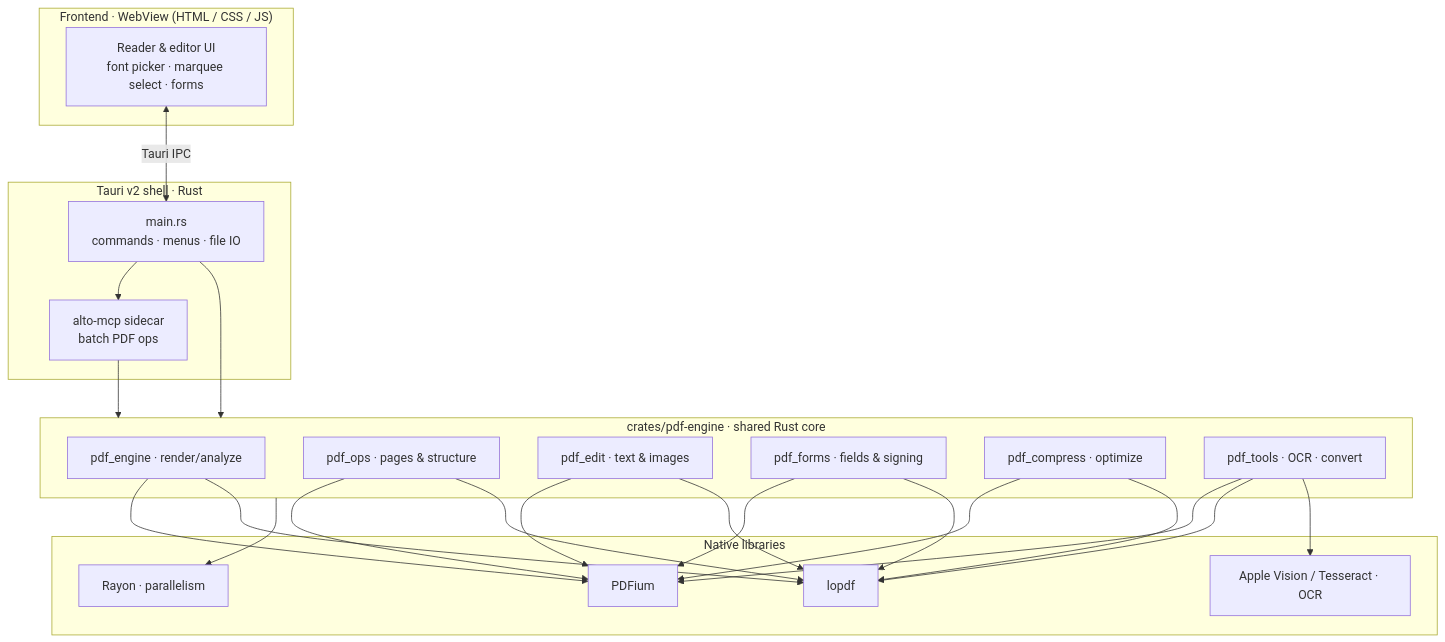
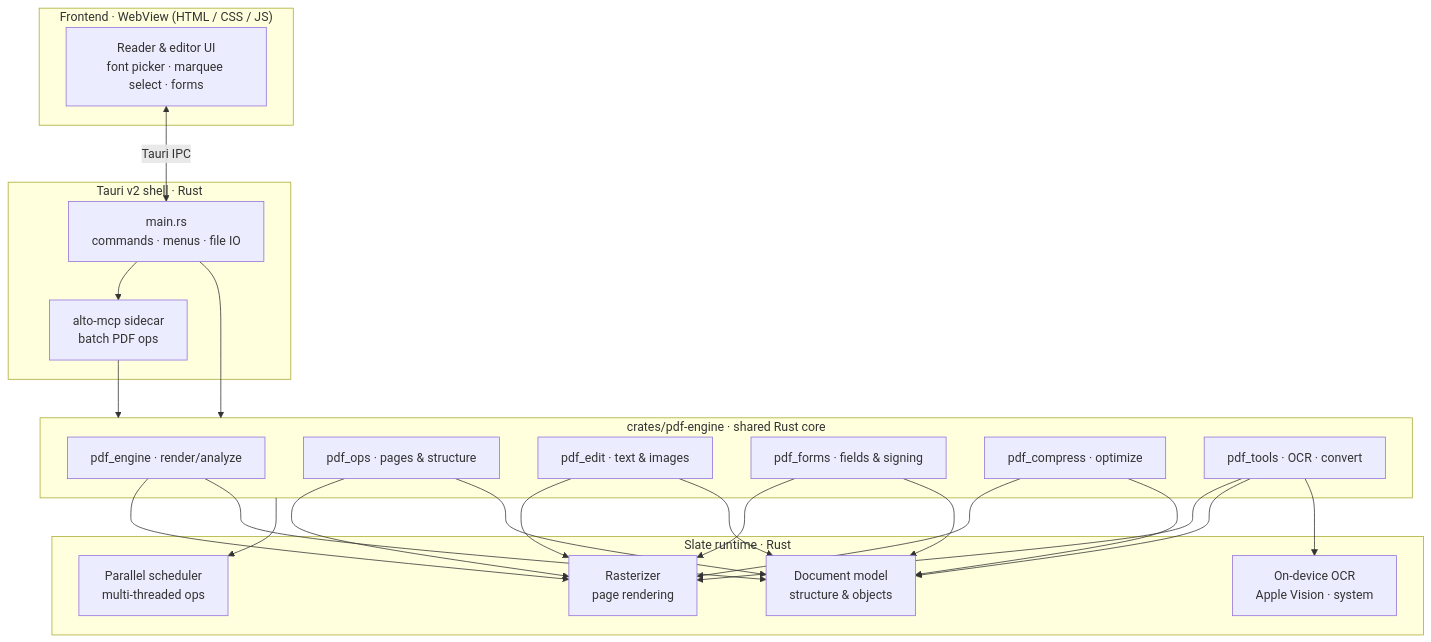
One commit to Soflutionltd/Slate changed the diagram in README.md. Above: the diagram before and after it, drawn with Mermaid. The commit also changed other lines of this file and 1 other file, not shown here.

Commit message:
docs: présente le moteur PDF comme un moteur Rust maison (Slate Engine)

````diff
--- a/README.md
+++ b/README.md
@@ -113,36 +112,36 @@
 ```mermaid
 flowchart TD
     subgraph UI["Frontend · WebView (HTML / CSS / JS)"]
         A[Reader & editor UI<br/>font picker · marquee select · forms]
     end
 
     subgraph SHELL["Tauri v2 shell · Rust"]
         B[main.rs<br/>commands · menus · file IO]
         S[alto-mcp sidecar<br/>batch PDF ops]
     end
 
     subgraph ENGINE["crates/pdf-engine · shared Rust core"]
         E1[pdf_engine · render/analyze]
         E2[pdf_ops · pages & structure]
         E3[pdf_edit · text & images]
         E4[pdf_forms · fields & signing]
         E5[pdf_compress · optimize]
         E6[pdf_tools · OCR · convert]
     end
 
-    subgraph NATIVE["Native libraries"]
-        P[PDFium]
-        L[lopdf]
-        R[Rayon · parallelism]
-        O[Apple Vision / Tesseract · OCR]
+    subgraph RUNTIME["Slate runtime · Rust"]
+        P[Rasterizer<br/>page rendering]
+        L[Document model<br/>structure & objects]
+        R[Parallel scheduler<br/>multi-threaded ops]
+        O[On-device OCR<br/>Apple Vision · system]
     end
 
     A <-->|Tauri IPC| B
     B --> S
     B --> ENGINE
     S --> ENGINE
     E1 & E2 & E3 & E4 & E5 & E6 --> P
     E1 & E2 & E3 & E4 & E5 & E6 --> L
     ENGINE --> R
     E6 --> O
 ```
````
